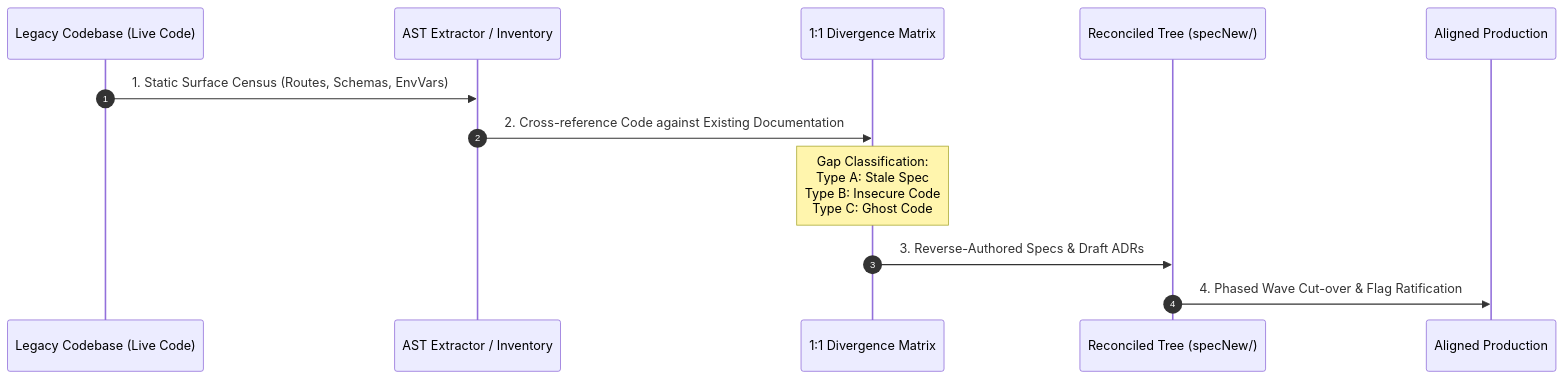
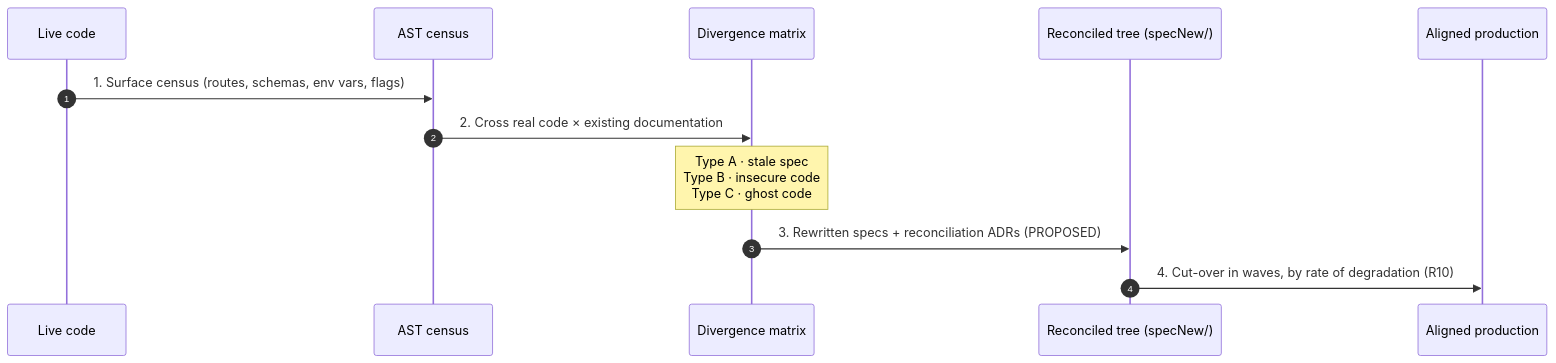
The second of 2 diagrams in docs/en/08-application-guide.md (fuzaro/EEEMIAD), drawn with Mermaid before and after one commit. The commit also changed other lines of this file and 65 other files, not shown here.

````diff
--- a/docs/en/08-application-guide.md
+++ b/docs/en/08-application-guide.md
@@ -36,15 +73,14 @@
 ```mermaid
 sequenceDiagram
     autonumber
-    participant Legacy as Legacy Codebase (Live Code)
-    participant AST as AST Extractor / Inventory
-    participant Matrix as 1:1 Divergence Matrix
-    participant SpecNew as Reconciled Tree (specNew/)
-    participant Prod as Aligned Production
-
-    Legacy->>AST: 1. Static Surface Census (Routes, Schemas, EnvVars)
-    AST->>Matrix: 2. Cross-reference Code against Existing Documentation
-    Note over Matrix: Gap Classification:<br/>Type A: Stale Spec<br/>Type B: Insecure Code<br/>Type C: Ghost Code
-    Matrix->>SpecNew: 3. Reverse-Authored Specs & Draft ADRs
-    SpecNew->>Prod: 4. Phased Wave Cut-over & Flag Ratification
+    participant Legacy as Live code
+    participant AST as AST census
+    participant Matrix as Divergence matrix
+    participant New as Reconciled tree (specNew/)
+    participant Prod as Aligned production
+    Legacy->>AST: 1. Surface census (routes, schemas, env vars, flags)
+    AST->>Matrix: 2. Cross real code × existing documentation
+    Note over Matrix: Type A · stale spec<br/>Type B · insecure code<br/>Type C · ghost code
+    Matrix->>New: 3. Rewritten specs + reconciliation ADRs (PROPOSED)
+    New->>Prod: 4. Cut-over in waves, by rate of degradation (R10)
 ```
````
